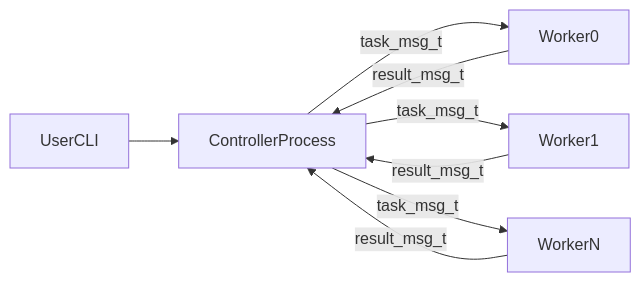
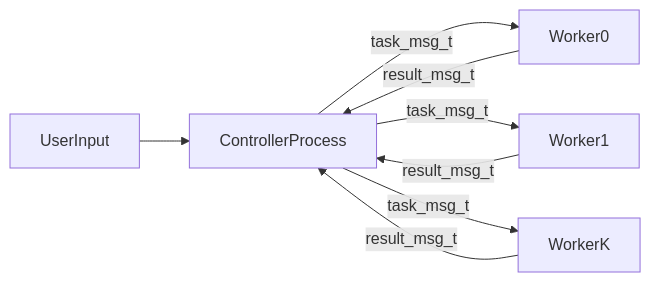
The diagram in report_draft.md (kyhphoebe/CSC209-project), drawn with Mermaid before and after one commit. The commit also changed other lines of this file and 19 other files, not shown here.

````diff
--- a/report_draft.md
+++ b/report_draft.md
@@ -104,10 +162,10 @@
 ```mermaid
 flowchart LR
-    User[UserCLI] --> Controller[ControllerProcess]
-    Controller -->|task_msg_t| Worker0[Worker0]
-    Controller -->|task_msg_t| Worker1[Worker1]
-    Controller -->|task_msg_t| WorkerN[WorkerN]
-    Worker0 -->|result_msg_t| Controller
-    Worker1 -->|result_msg_t| Controller
-    WorkerN -->|result_msg_t| Controller
+    userInput[UserInput] --> controllerProc[ControllerProcess]
+    controllerProc -->|task_msg_t| worker0[Worker0]
+    controllerProc -->|task_msg_t| worker1[Worker1]
+    controllerProc -->|task_msg_t| workerK[WorkerK]
+    worker0 -->|result_msg_t| controllerProc
+    worker1 -->|result_msg_t| controllerProc
+    workerK -->|result_msg_t| controllerProc
 ```
````
